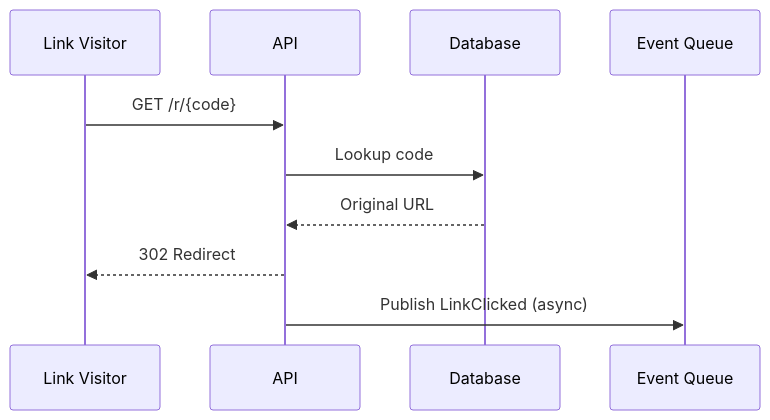
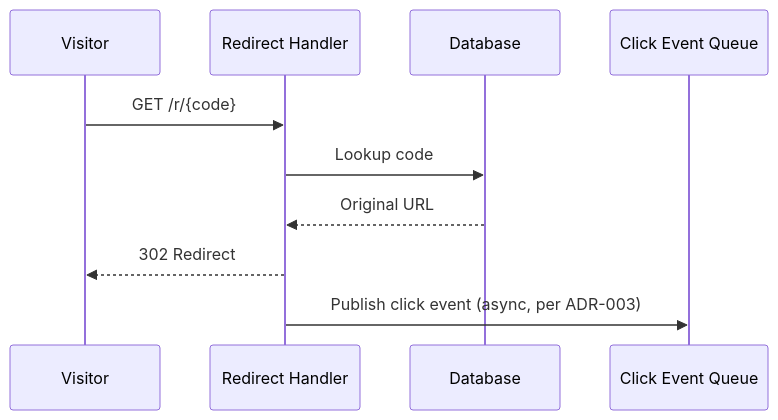
Before and after one commit to harmeetsingh0013/claude-skills: the second of 2 diagrams in System Design Skills/mermaid-js/examples/url-shortener-mermaid.md, drawn with Mermaid. The commit also changed other lines of this file and 21 other files, not shown here.

Commit message:
Updated the the skills for system design V9. Update the architecture and technical design skill

````diff
--- a/System Design Skills/mermaid-js/examples/url-shortener-mermaid.md
+++ b/System Design Skills/mermaid-js/examples/url-shortener-mermaid.md
@@ -41,12 +47,12 @@
 ```mermaid
 sequenceDiagram
-    participant V as Link Visitor
-    participant A as API
+    participant V as Visitor
+    participant R as Redirect Handler
     participant D as Database
-    participant Q as Event Queue
-    V->>A: GET /r/{code}
-    A->>D: Lookup code
-    D-->>A: Original URL
-    A-->>V: 302 Redirect
-    A->>Q: Publish LinkClicked (async)
+    participant Q as Click Event Queue
+    V->>R: GET /r/{code}
+    R->>D: Lookup code
+    D-->>R: Original URL
+    R-->>V: 302 Redirect
+    R->>Q: Publish click event (async, per ADR-003)
 ```
````
